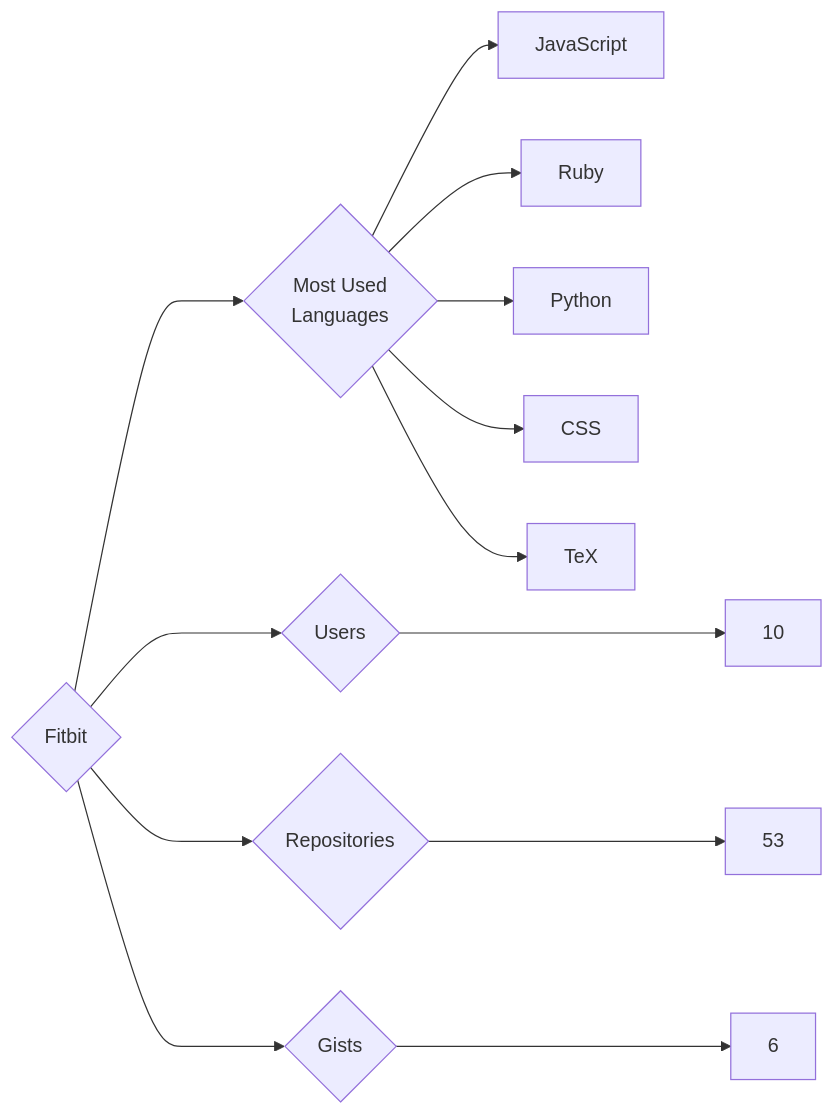
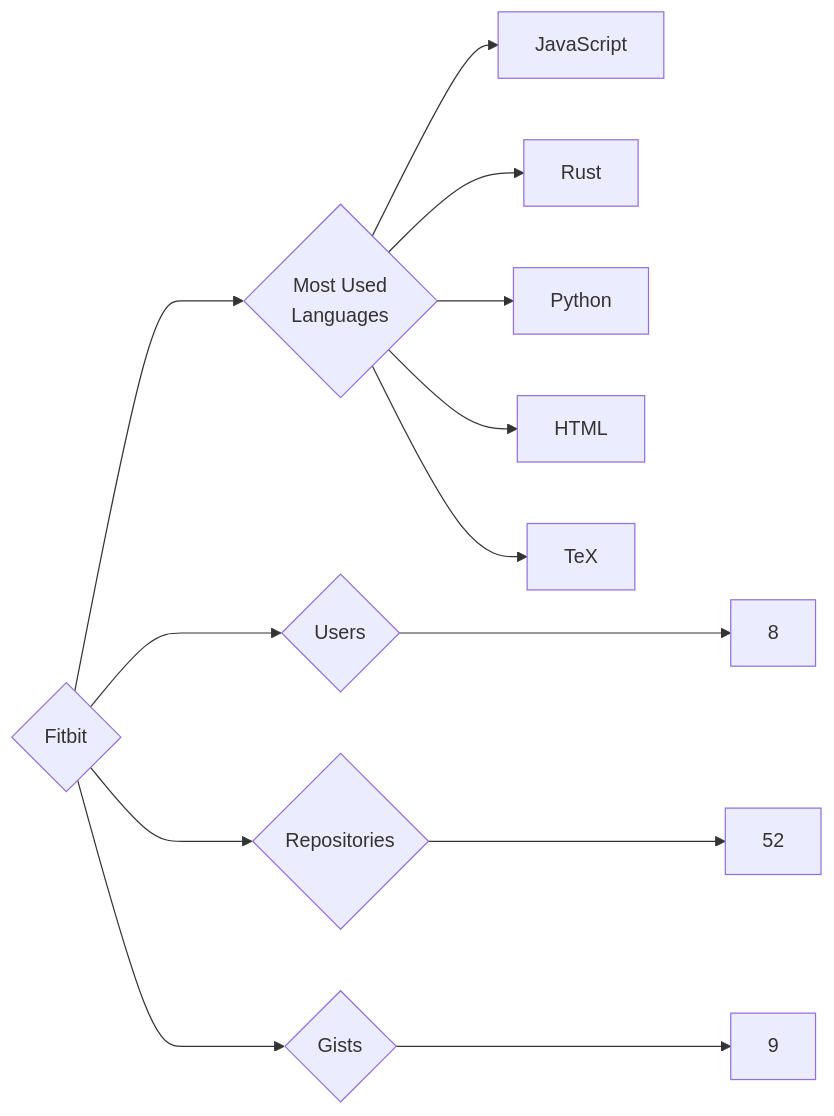
The diagram in targets/Fitbit/README.md (trickest/insiders), drawn with Mermaid before and after one commit. The commit also changed 1148 other files, not shown here.

````diff
--- a/targets/Fitbit/README.md
+++ b/targets/Fitbit/README.md
@@ -3,13 +3,13 @@
 ```mermaid
 graph LR
 COMPANY_NAME{Fitbit}
-COMPANY_NAME ---> U{Users} ---> UN[10]
-COMPANY_NAME ---> R{Repositories} ---> RN[53]
-COMPANY_NAME ---> G{Gists} ---> GN[6]
+COMPANY_NAME ---> U{Users} ---> UN[8]
+COMPANY_NAME ---> R{Repositories} ---> RN[52]
+COMPANY_NAME ---> G{Gists} ---> GN[9]
 COMPANY_NAME ---> ML{Most Used<br>Languages}
 ML --> JavaScript[JavaScript]
-ML --> Ruby[Ruby]
+ML --> Rust[Rust]
 ML --> Python[Python]
-ML --> CSS[CSS]
+ML --> HTML[HTML]
 ML --> TeX[TeX]
 ```
````
